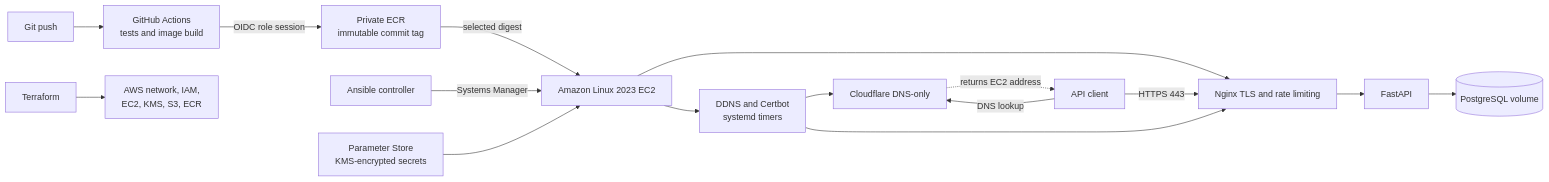
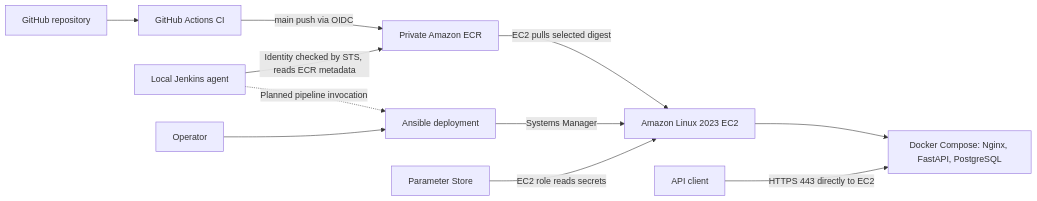
Before and after one commit to Orlando-Alvarez/Ticket-API: the diagram in README.md, drawn with Mermaid. The commit also changed other lines of this file and 9 other files, not shown here.

Commit message:
docs: document Jenkins architecture and CI/CD integration

````diff
--- a/README.md
+++ b/README.md
@@ -80,18 +85,13 @@
 ```mermaid
 flowchart LR
-    Developer[Git push] --> Actions[GitHub Actions<br/>tests and image build]
-    Actions -->|OIDC role session| ECR[Private ECR<br/>immutable commit tag]
-    Terraform[Terraform] --> AWS[AWS network, IAM,<br/>EC2, KMS, S3, ECR]
-    ECR -->|selected digest| EC2[Amazon Linux 2023 EC2]
-    Operator[Ansible controller] -->|Systems Manager| EC2
-    Parameters[Parameter Store<br/>KMS-encrypted secrets] --> EC2
-    Client[API client] -->|DNS lookup| DNS[Cloudflare DNS-only]
-    DNS -. returns EC2 address .-> Client
-    Client -->|HTTPS 443| Nginx[Nginx TLS and rate limiting]
-    EC2 --> Nginx
-    Nginx --> API[FastAPI]
-    API --> DB[(PostgreSQL volume)]
-    EC2 --> Automation[DDNS and Certbot<br/>systemd timers]
-    Automation --> DNS
-    Automation --> Nginx
+    GitHub[GitHub repository] --> CI[GitHub Actions CI]
+    CI -->|"main push via OIDC"| ECR[Private Amazon ECR]
+    Jenkins[Local Jenkins agent] -->|"Identity checked by STS, reads ECR metadata"| ECR
+    Jenkins -.->|"Planned pipeline invocation"| Ansible[Ansible deployment]
+    Operator[Operator] --> Ansible
+    Ansible -->|"Systems Manager"| EC2[Amazon Linux 2023 EC2]
+    ECR -->|"EC2 pulls selected digest"| EC2
+    Parameters[Parameter Store] -->|"EC2 role reads secrets"| EC2
+    EC2 --> Stack["Docker Compose: Nginx, FastAPI, PostgreSQL"]
+    Client[API client] -->|"HTTPS 443 directly to EC2"| Stack
 ```
````
